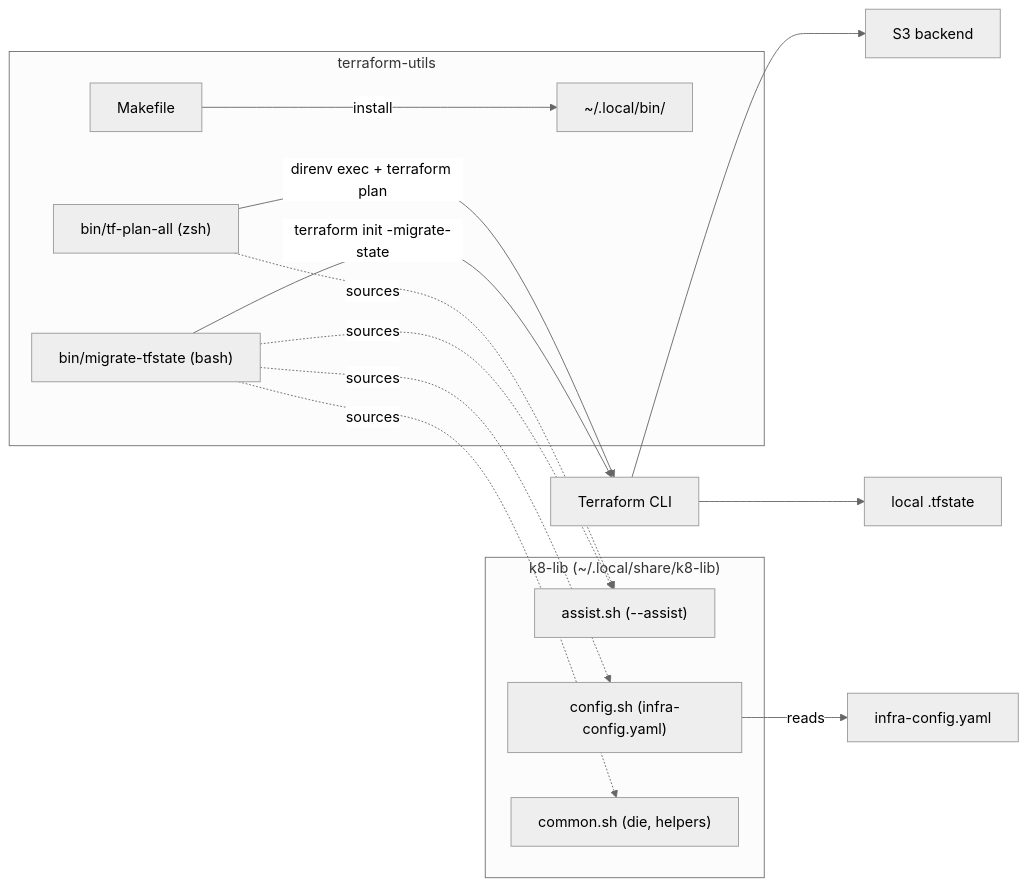
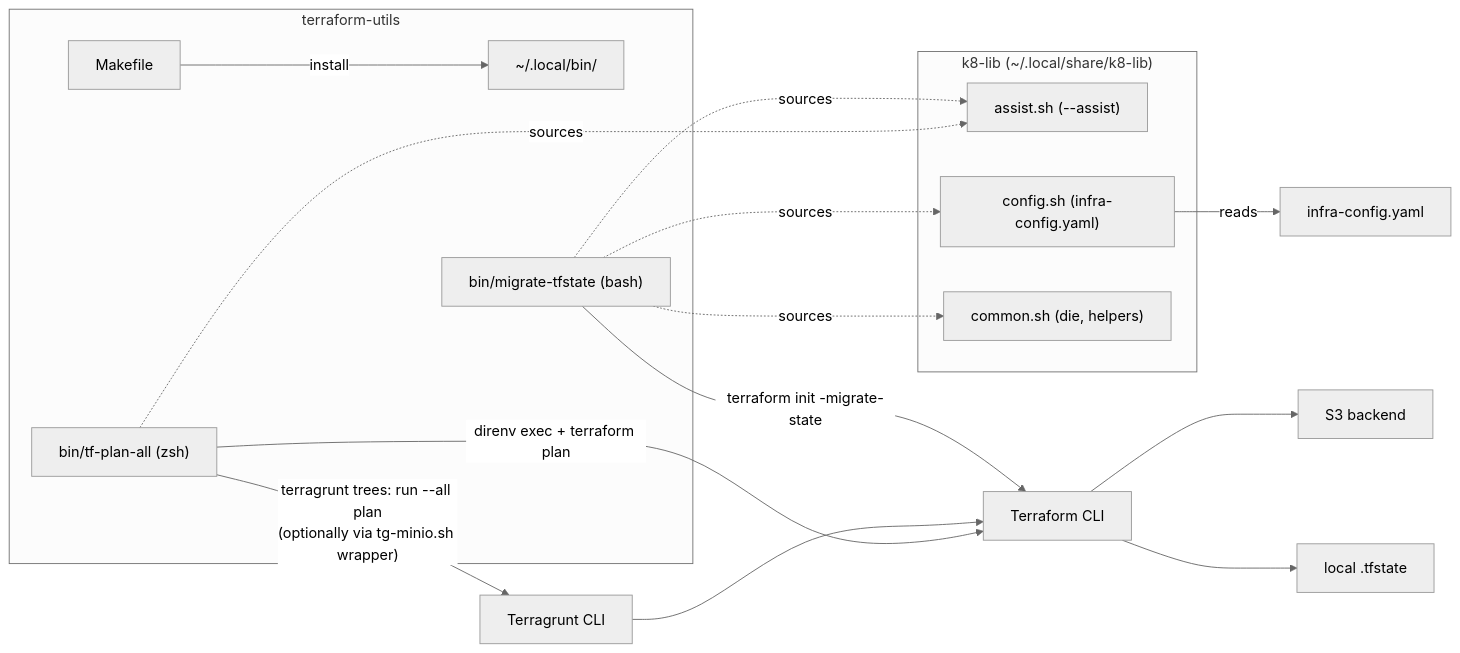
The diagram in docs/PROJ-ARCH.md (the-robot-lives/terraform-tools), drawn with Mermaid (neutral theme) before and after one commit. The commit also changed other lines of this file and 5 other files, not shown here.

Commit message:
docs: refresh PROJ-LAYOUT/SCHEMA/ARCH docs (2026-09-01 doc sweep)

````diff
--- a/docs/PROJ-ARCH.md
+++ b/docs/PROJ-ARCH.md
@@ -11,25 +11,27 @@
 ```mermaid
 graph LR
     subgraph terraform-utils
         M[Makefile] -->|install| ID["~/.local/bin/"]
         TPA["bin/tf-plan-all (zsh)"]
         MTS["bin/migrate-tfstate (bash)"]
     end
 
     subgraph "k8-lib (~/.local/share/k8-lib)"
         A["assist.sh (--assist)"]
         C["config.sh (infra-config.yaml)"]
         CM["common.sh (die, helpers)"]
     end
 
     TPA -.->|sources| A
     MTS -.->|sources| A
     MTS -.->|sources| C
     MTS -.->|sources| CM
     C -->|reads| Y["infra-config.yaml"]
 
     TPA -->|"direnv exec + terraform plan"| TF["Terraform CLI"]
+    TPA -->|"terragrunt trees: run --all plan<br/>(optionally via tg-minio.sh wrapper)"| TG["Terragrunt CLI"]
+    TG --> TF
     MTS -->|"terraform init -migrate-state"| TF
     TF --> S3["S3 backend"]
     TF --> Local["local .tfstate"]
 ```
````
